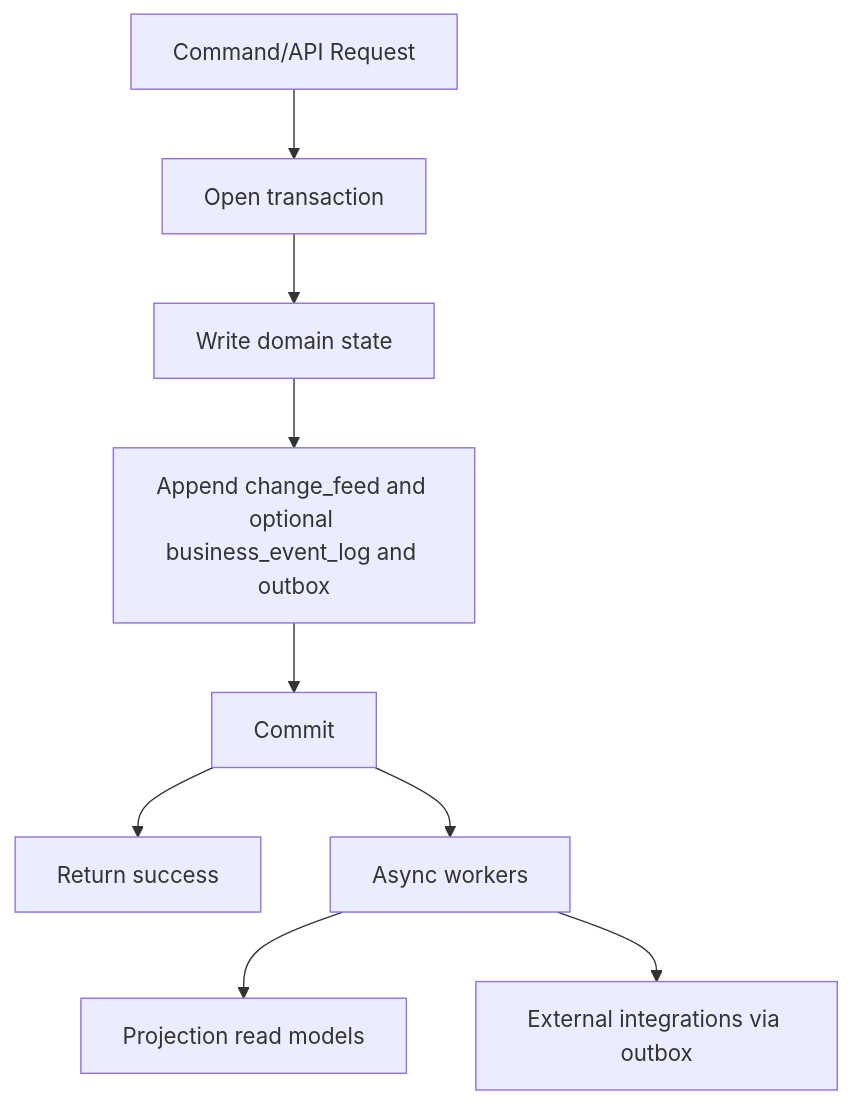
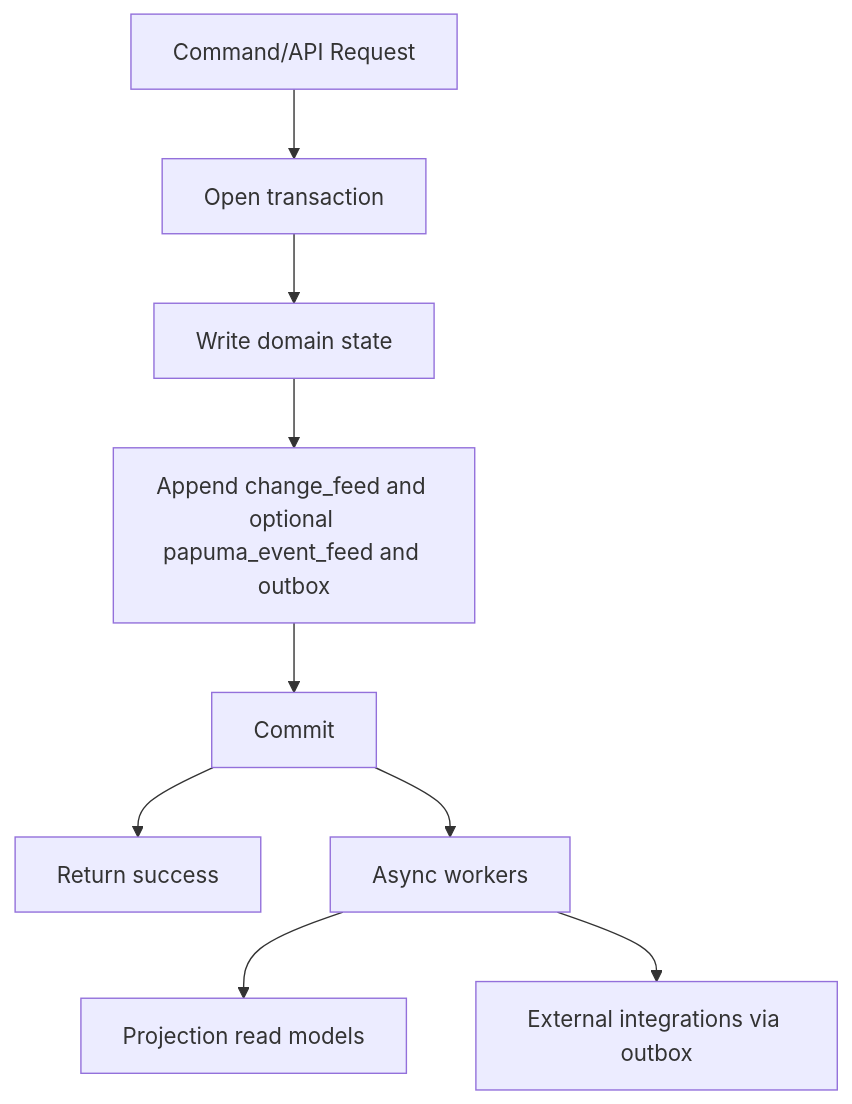
Before and after one commit to papumabiz/Papuma.Kernel: the diagram in docs/ai/papuma-kernel-ai-framework-context.md, drawn with Mermaid. The commit also changed other lines of this file and 3 other files, not shown here.

````diff
--- a/docs/ai/papuma-kernel-ai-framework-context.md
+++ b/docs/ai/papuma-kernel-ai-framework-context.md
@@ -63,11 +63,11 @@
 ```mermaid
 flowchart TD
     A[Command/API Request] --> B[Open transaction]
     B --> C[Write domain state]
-    C --> D[Append change_feed and optional business_event_log and outbox]
+    C --> D[Append change_feed and optional papuma_event_feed and outbox]
     D --> E[Commit]
     E --> F[Return success]
     E --> G[Async workers]
     G --> H[Projection read models]
     G --> I[External integrations via outbox]
 ```
````
